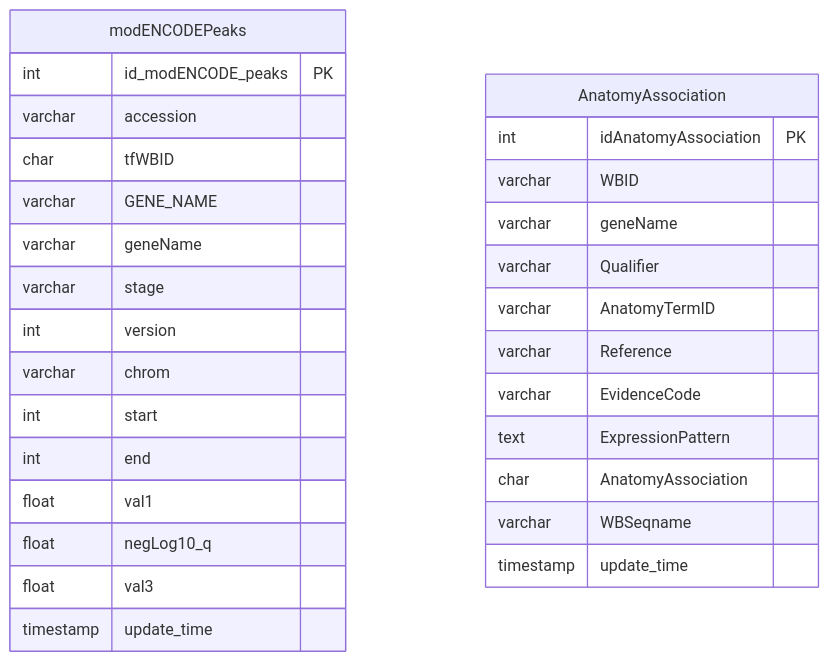
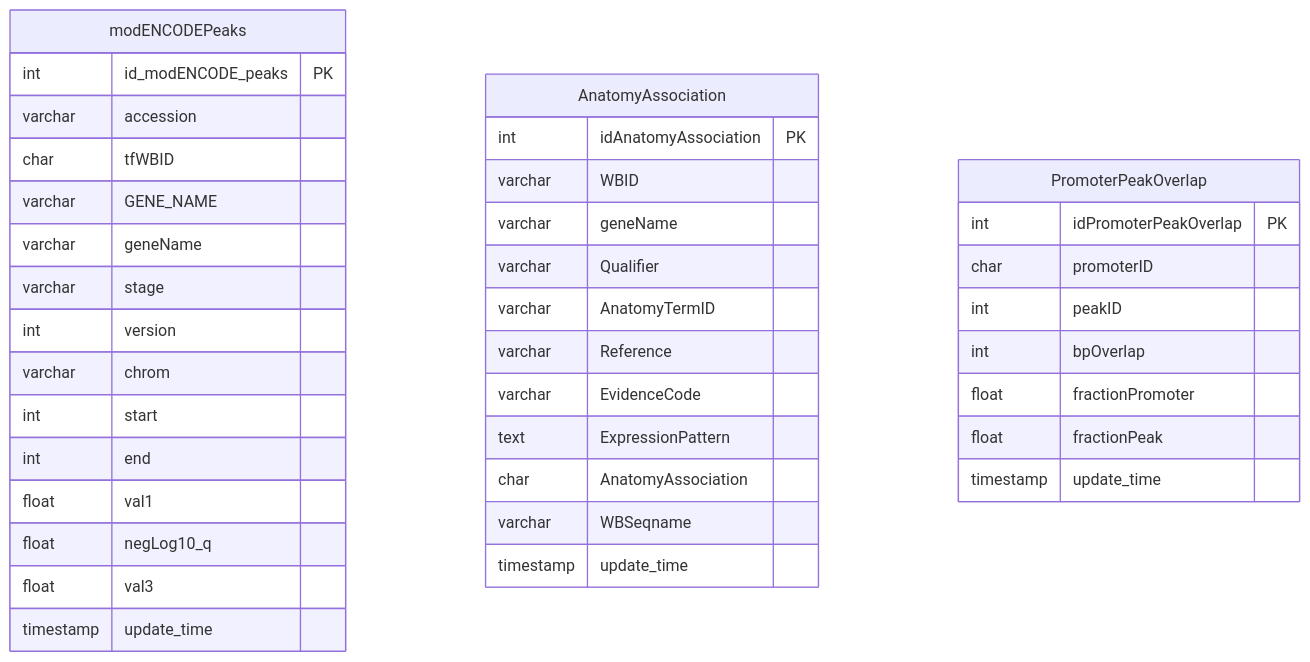
The fourth of 4 diagrams in README.md (meekrob/OnishRDB), drawn with Mermaid before and after one commit.

````diff
--- a/README.md
+++ b/README.md
@@ -281,34 +273,44 @@
 ```mermaid
 erDiagram
 
 modENCODEPeaks {
 int id_modENCODE_peaks PK
 varchar accession 
 char tfWBID 
 varchar GENE_NAME 
 varchar geneName 
 varchar stage 
 int version 
 varchar chrom 
 int start 
 int end 
 float val1 
 float negLog10_q 
 float val3 
 timestamp update_time 
 }
 
 AnatomyAssociation {
 int idAnatomyAssociation PK
 varchar WBID 
 varchar geneName 
 varchar Qualifier 
 varchar AnatomyTermID 
 varchar Reference 
 varchar EvidenceCode 
 text ExpressionPattern 
 char AnatomyAssociation 
 varchar WBSeqname 
 timestamp update_time 
 }
+
+PromoterPeakOverlap {
+int idPromoterPeakOverlap PK
+char promoterID 
+int peakID
+int bpOverlap 
+float fractionPromoter 
+float fractionPeak 
+timestamp update_time 
+}
 ```
````
